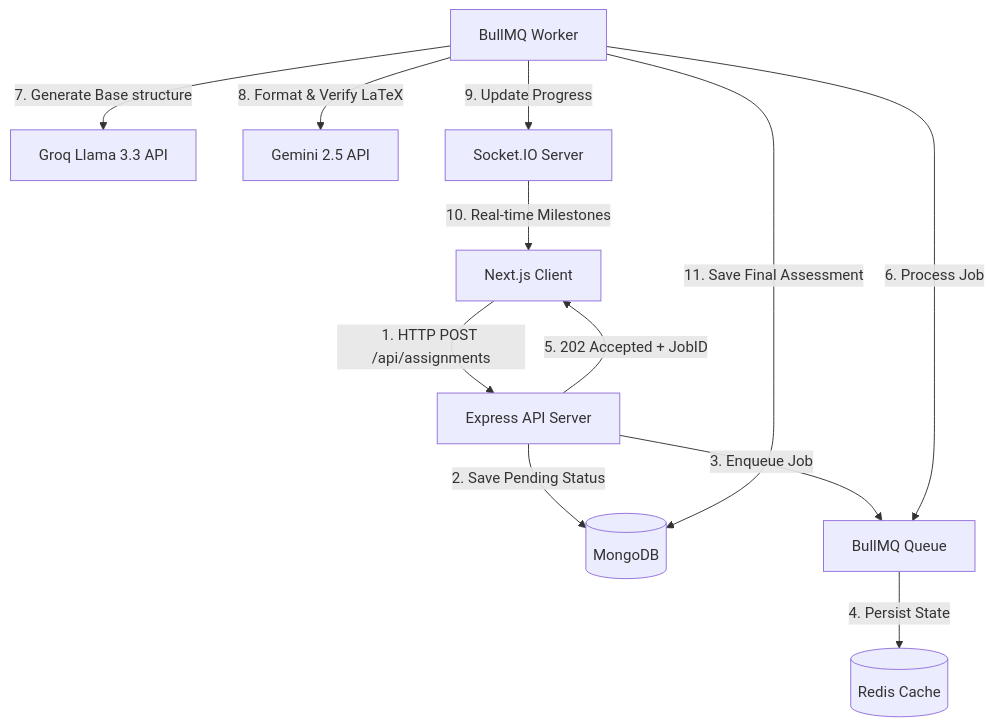
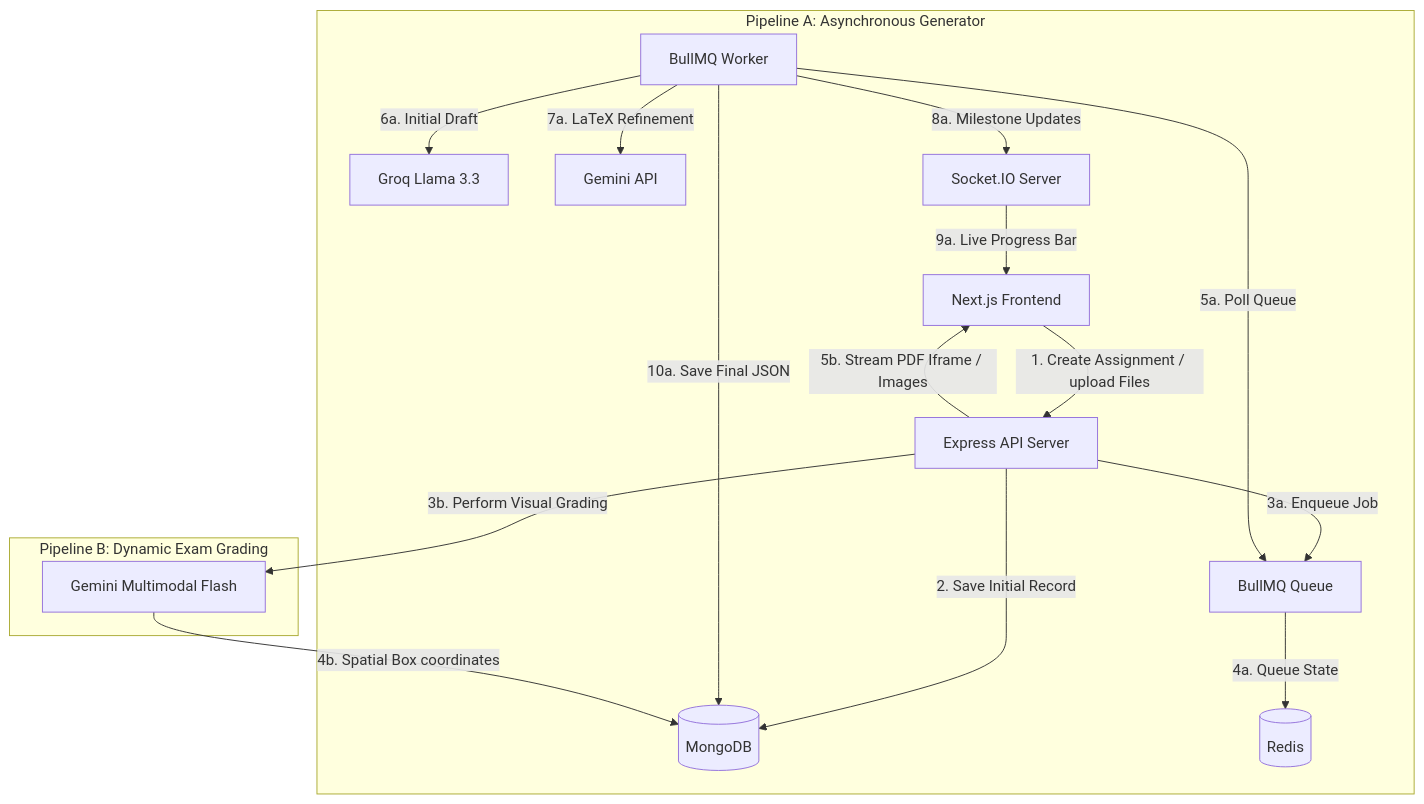
Before and after one commit to Nataraj-EL/veda-ai: the first of 3 diagrams in README.md, drawn with Mermaid. The commit also changed other lines of this file, not shown here.

Commit message:
docs: write comprehensive architect README detailing assignment objectives, AI grading pipeline, and stack architecture

````diff
--- a/README.md
+++ b/README.md
@@ -13,15 +20,22 @@
 ```mermaid
 graph TD
-    Client[Next.js Client] -->|1. HTTP POST /api/assignments| API[Express API Server]
-    API -->|2. Save Pending Status| DB[(MongoDB)]
-    API -->|3. Enqueue Job| Queue[BullMQ Queue]
-    Queue -->|4. Persist State| Redis[(Redis Cache)]
-    API -->|5. 202 Accepted + JobID| Client
+    Client[Next.js Frontend] -->|1. Create Assignment / upload Files| API[Express API Server]
+    API -->|2. Save Initial Record| DB[(MongoDB)]
     
-    Worker[BullMQ Worker] -->|6. Process Job| Queue
-    Worker -->|7. Generate Base structure| Groq[Groq Llama 3.3 API]
-    Worker -->|8. Format & Verify LaTeX| Gemini[Gemini 2.5 API]
-    Worker -->|9. Update Progress| Socket[Socket.IO Server]
-    Socket -->|10. Real-time Milestones| Client
-    Worker -->|11. Save Final Assessment| DB
+    subgraph Pipeline A: Asynchronous Generator
+        API -->|3a. Enqueue Job| Queue[BullMQ Queue]
+        Queue -->|4a. Queue State| Redis[(Redis)]
+        Worker[BullMQ Worker] -->|5a. Poll Queue| Queue
+        Worker -->|6a. Initial Draft| Llama[Groq Llama 3.3]
+        Worker -->|7a. LaTeX Refinement| GeminiFlash[Gemini API]
+        Worker -->|8a. Milestone Updates| Socket[Socket.IO Server]
+        Socket -->|9a. Live Progress Bar| Client
+        Worker -->|10a. Save Final JSON| DB
+    end
+
+    subgraph Pipeline B: Dynamic Exam Grading
+        API -->|3b. Perform Visual Grading| GeminiMultimodal[Gemini Multimodal Flash]
+        GeminiMultimodal -->|4b. Spatial Box coordinates| DB
+        API -->|5b. Stream PDF Iframe / Images| Client
+    end
 ```
````
